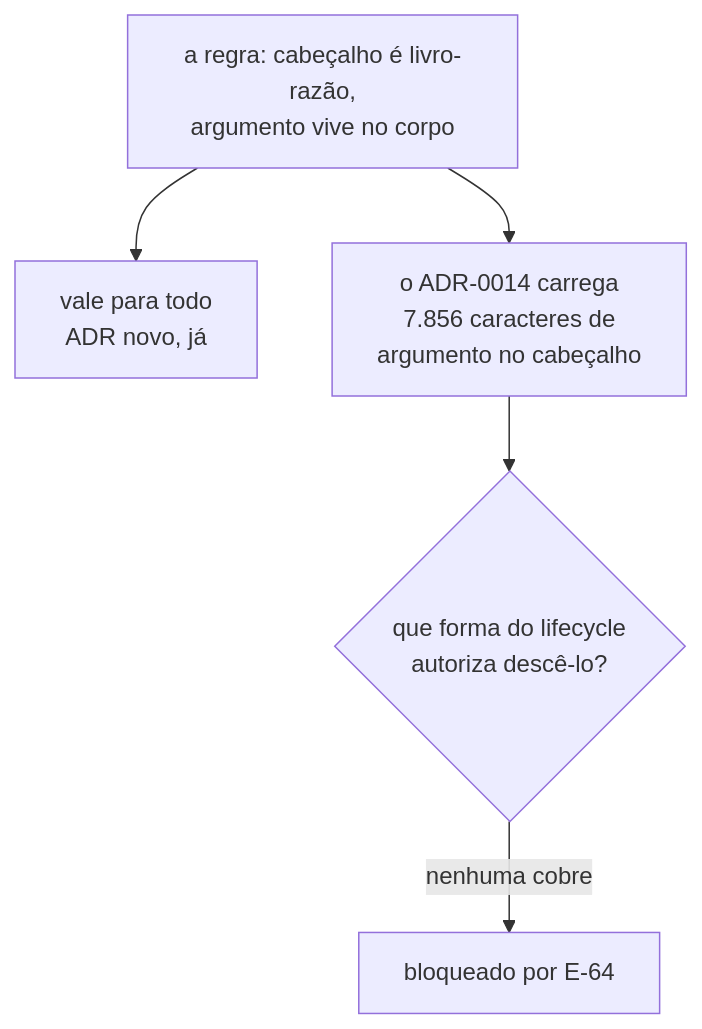
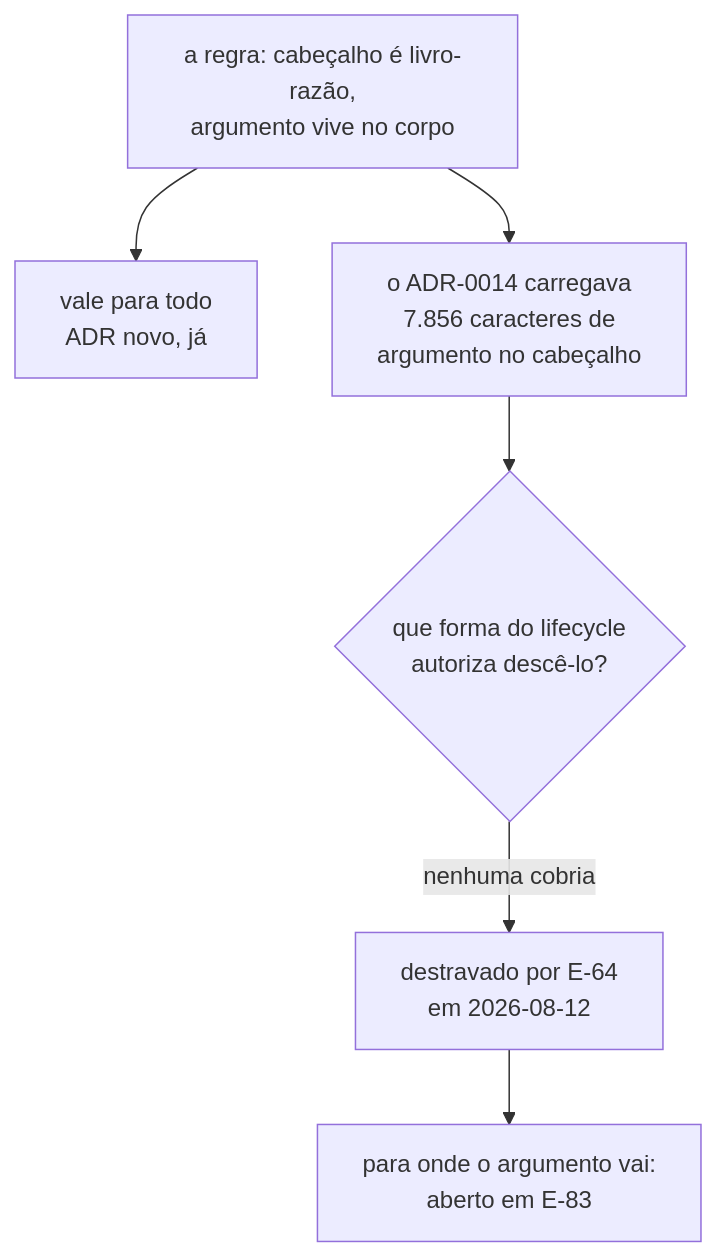
Diagram 16 of 34 in docs/adr/fila-de-decisoes.md (da0hn/distributed-systems-experiment-lab), drawn with Mermaid before and after one commit. The commit also changed other lines of this file and 12 other files, not shown here.

````diff
--- a/docs/adr/fila-de-decisoes.md
+++ b/docs/adr/fila-de-decisoes.md
@@ -2028,7 +2037,8 @@
 ```mermaid
 flowchart TD
   R["a regra: cabeçalho é livro-razão,<br/>argumento vive no corpo"] --> N["vale para todo<br/>ADR novo, já"]
-  R --> V["o ADR-0014 carrega<br/>7.856 caracteres de<br/>argumento no cabeçalho"]
+  R --> V["o ADR-0014 carregava<br/>7.856 caracteres de<br/>argumento no cabeçalho"]
   V --> Q{"que forma do lifecycle<br/>autoriza descê-lo?"}
-  Q -->|" nenhuma cobre "| E["bloqueado por E-64"]
+  Q -->|" nenhuma cobria "| E["destravado por E-64<br/>em 2026-08-12"]
+  E --> D["para onde o argumento vai:<br/>aberto em E-83"]
 ```
````
